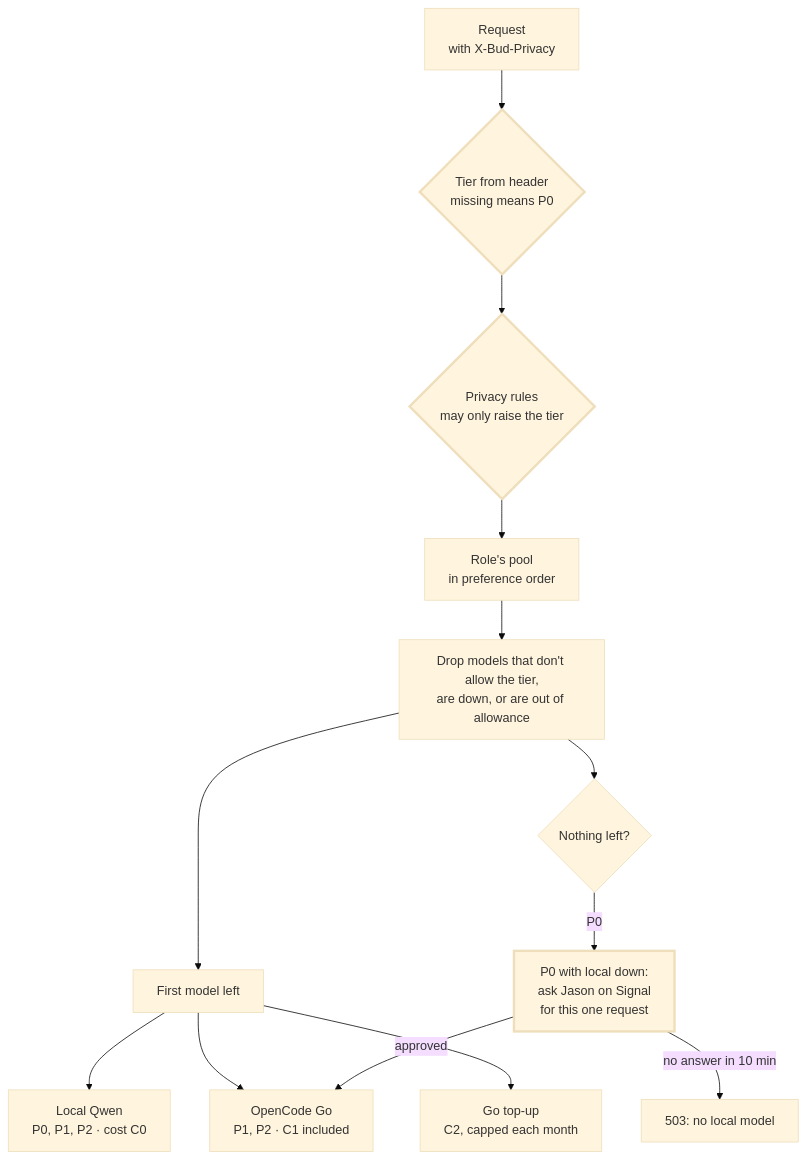
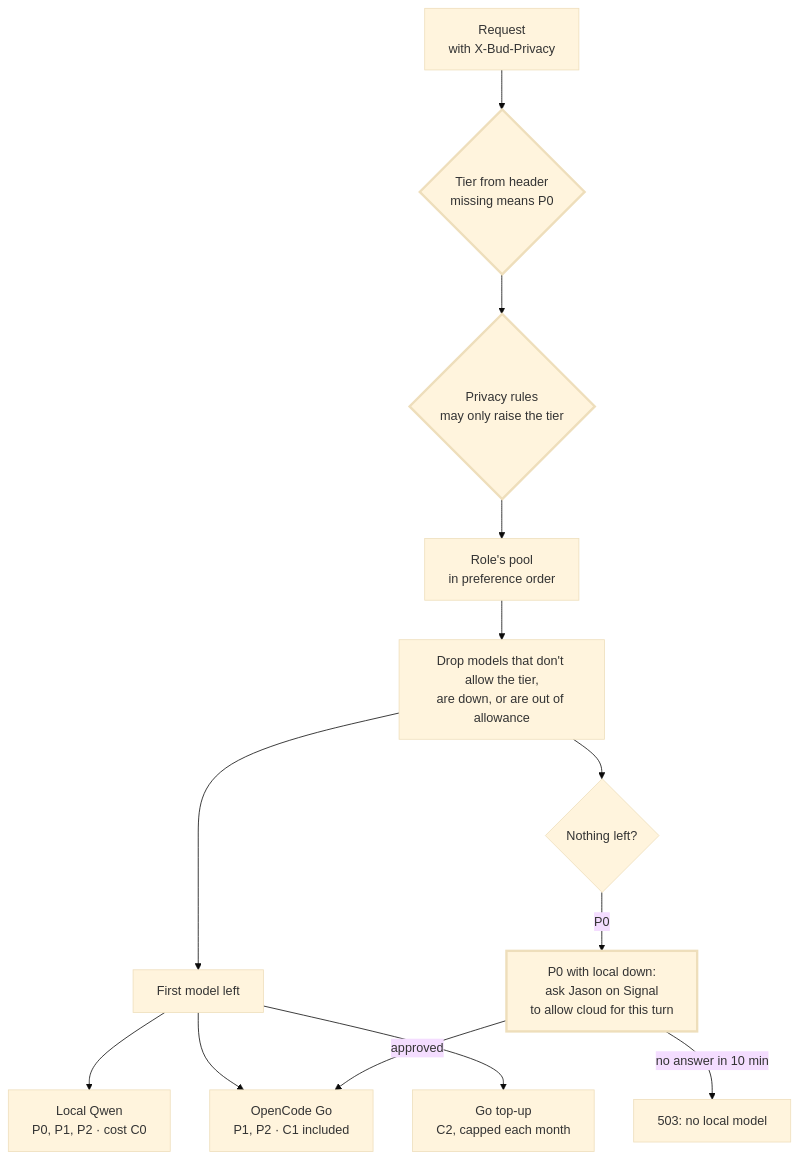
One commit to jgarner9/bud changed the third of 6 diagrams in docs/architecture.md. Above: the diagram before and after it, drawn with Mermaid (base theme). The commit also changed other lines of this file, not shown here.

First line of the commit message:
docs: fix routing, fallback-turn and Neovim sync details in the architecture page

````diff
--- a/docs/architecture.md
+++ b/docs/architecture.md
@@ -129,28 +129,28 @@
 ```mermaid
 flowchart TB
   classDef gate stroke-width:3px
 
   req["Request<br/>with X-Bud-Privacy"]
   tier{"Tier from header<br/>missing means P0"}:::gate
   rules{"Privacy rules<br/>may only raise the tier"}:::gate
   pool["Role's pool<br/>in preference order"]
   filter["Drop models that don't allow the tier,<br/>are down, or are out of allowance"]
   pick["First model left"]
   none{"Nothing left?"}
 
   local["Local Qwen<br/>P0, P1, P2 · cost C0"]
   goinc["OpenCode Go<br/>P1, P2 · C1 included"]
   topup["Go top-up<br/>C2, capped each month"]
 
-  p0wait["P0 with local down:<br/>ask Jason on Signal<br/>for this one request"]:::gate
+  p0wait["P0 with local down:<br/>ask Jason on Signal<br/>to allow cloud for this turn"]:::gate
   refuse["503: no local model"]
 
   req --> tier --> rules --> pool --> filter --> pick
   filter --> none
   pick --> local
   pick --> goinc
   pick --> topup
   none -- "P0" --> p0wait
   p0wait -- "approved" --> goinc
   p0wait -- "no answer in 10 min" --> refuse
 ```
````
